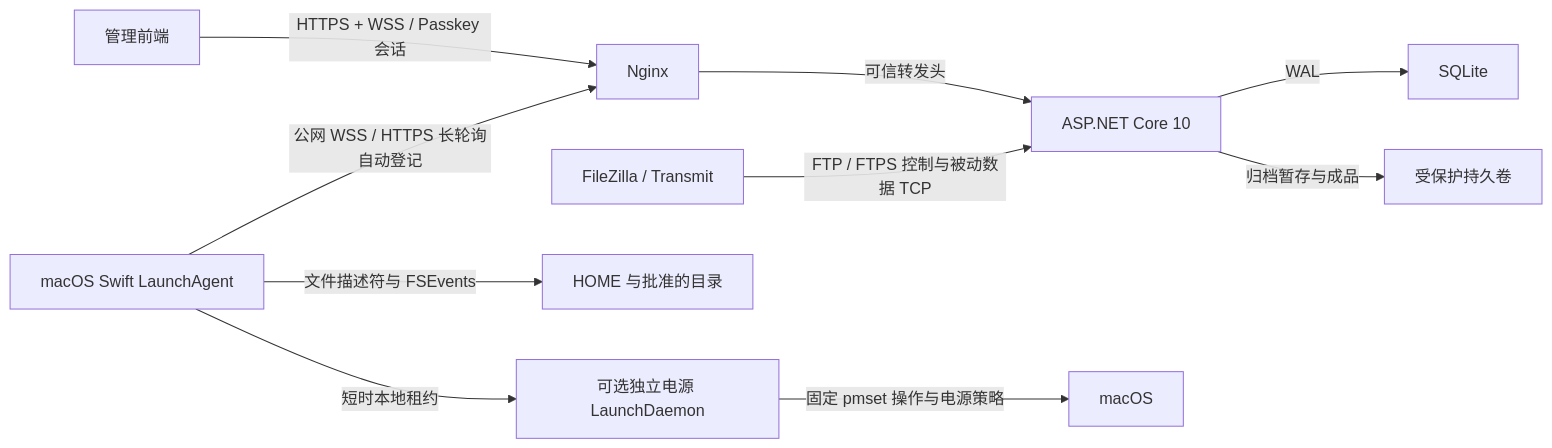
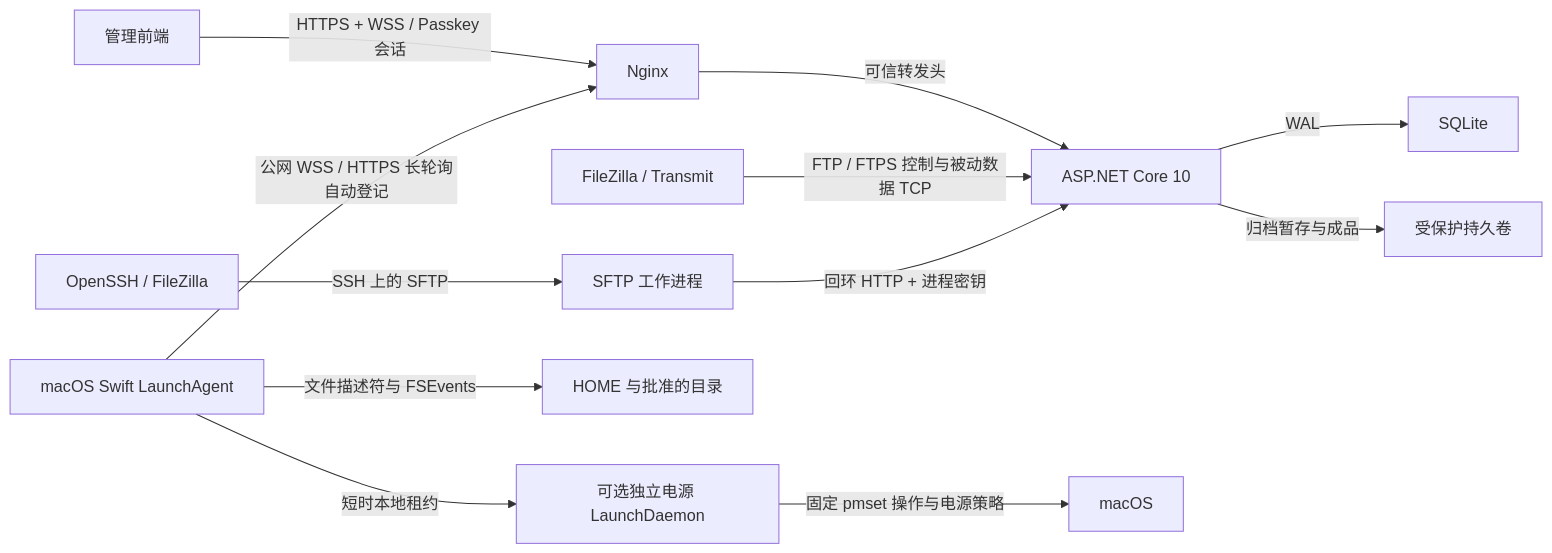
One commit to RyanStanLin/FileSharingService changed the diagram in docs/architecture.md. Above: the diagram before and after it, drawn with Mermaid. The commit also changed other lines of this file and 23 other files, not shown here.

Commit message:
Serve SFTP through the authorized file gateway

````diff
--- a/docs/architecture.md
+++ b/docs/architecture.md
@@ -5,12 +5,14 @@
 ```mermaid
 flowchart LR
     Browser["管理前端"] -->|"HTTPS + WSS / Passkey 会话"| Proxy["Nginx"]
     Proxy -->|"可信转发头"| Server["ASP.NET Core 10"]
     FTP["FileZilla / Transmit"] -->|"FTP / FTPS 控制与被动数据 TCP"| Server
+    SFTP["OpenSSH / FileZilla"] -->|"SSH 上的 SFTP"| Gateway["SFTP 工作进程"]
+    Gateway -->|"回环 HTTP + 进程密钥"| Server
     Server -->|"WAL"| DB["SQLite"]
     Server -->|"归档暂存与成品"| Files["受保护持久卷"]
     Agent["macOS Swift LaunchAgent"] -->|"公网 WSS / HTTPS 长轮询自动登记"| Proxy
     Agent -->|"文件描述符与 FSEvents"| Home["HOME 与批准的目录"]
     Agent -->|"短时本地租约"| Power["可选独立电源 LaunchDaemon"]
     Power -->|"固定 pmset 操作与电源策略"| OS["macOS"]
 ```
````
